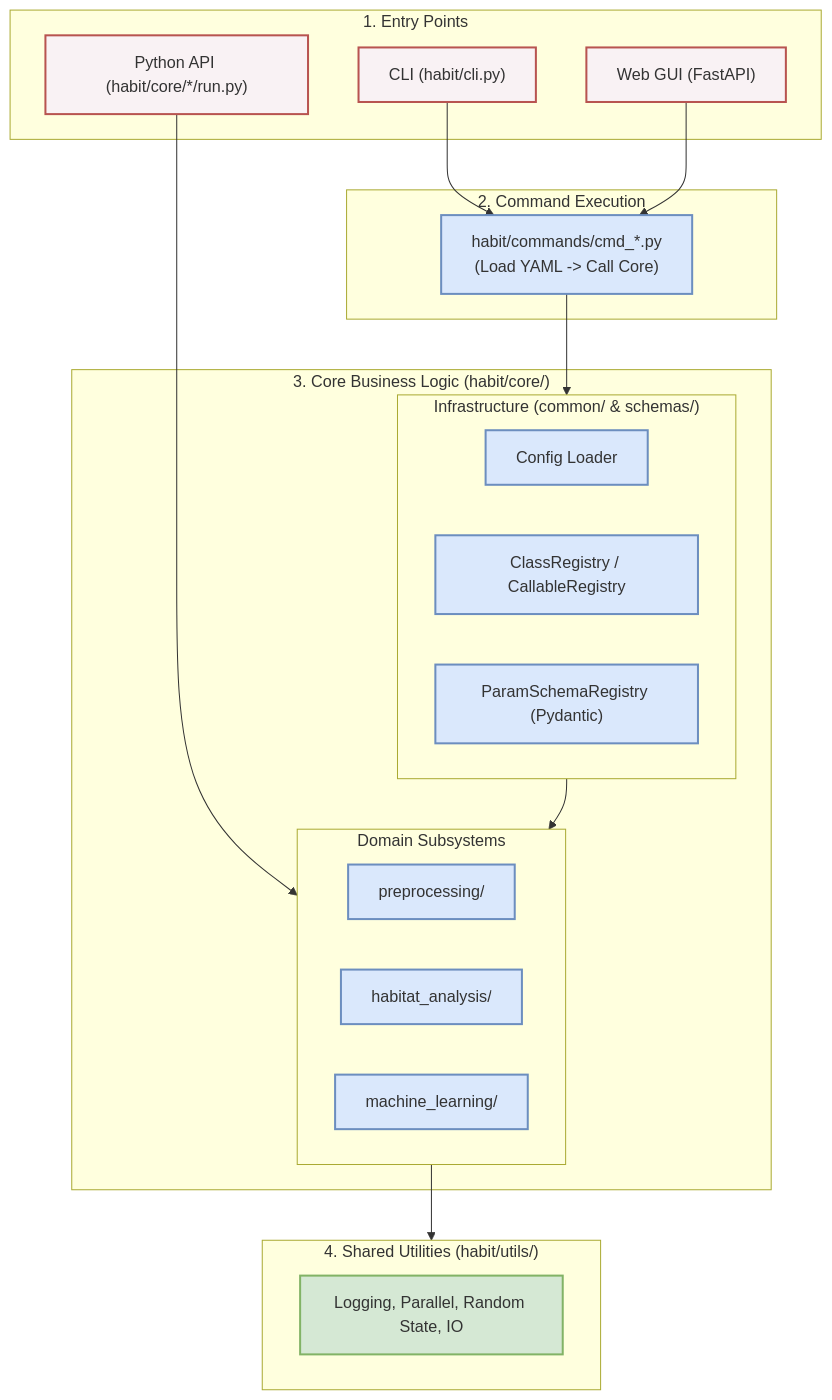
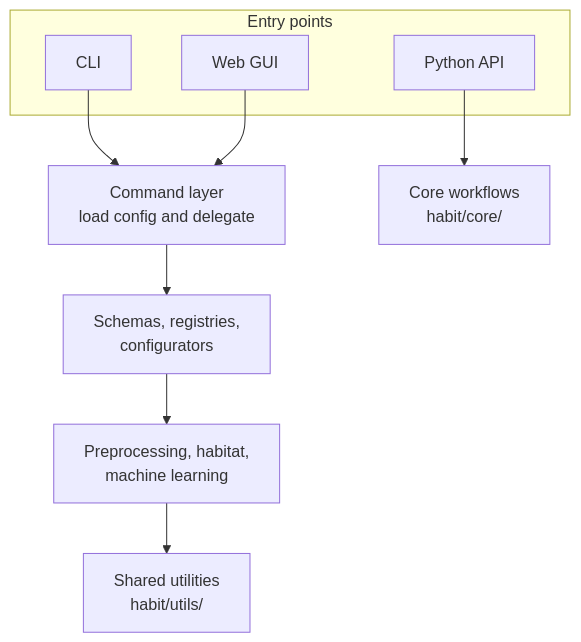
The first of 2 diagrams in docs/source/development/architecture.rst (lichao312214129/HABIT), drawn with Mermaid before and after one commit. The commit also changed other lines of this file and 12 other files, not shown here.

```diff
--- a/docs/source/development/architecture.rst
+++ b/docs/source/development/architecture.rst
@@ -22,40 +25,19 @@
 .. mermaid::
 
    flowchart TD
-     classDef ui fill:#f9f2f4,stroke:#b85450,stroke-width:2px;
-     classDef core fill:#dae8fc,stroke:#6c8ebf,stroke-width:2px;
-     classDef util fill:#d5e8d4,stroke:#82b366,stroke-width:2px;
-
-     subgraph Entry["1. Entry Points"]
-       CLI["CLI (habit/cli.py)"]:::ui
-       PY["Python API (habit/core/*/run.py)"]:::ui
-       GUI["Web GUI (FastAPI)"]:::ui
+     subgraph Entry["Entry points"]
+       CLI["CLI"]
+       PY["Python API"]
+       GUI["Web GUI"]
      end
-
-     subgraph Cmd["2. Command Execution"]
-       CMD["habit/commands/cmd_*.py<br/>(Load YAML -> Call Core)"]:::core
-     end
-
-     subgraph Core["3. Core Business Logic (habit/core/)"]
-       subgraph Infra["Infrastructure (common/ & schemas/)"]
-         CFG["Config Loader"]:::core
-         REG["ClassRegistry / CallableRegistry"]:::core
-         SCH["ParamSchemaRegistry (Pydantic)"]:::core
-       end
-       subgraph Domain["Domain Subsystems"]
-         PRE["preprocessing/"]:::core
-         HAB["habitat_analysis/"]:::core
-         ML["machine_learning/"]:::core
-       end
-     end
-
-     subgraph Utils["4. Shared Utilities (habit/utils/)"]
-       UTILS["Logging, Parallel, Random State, IO"]:::util
-     end
-
+     CMD["Command layer<br/>load config and delegate"]
+     CORE["Core workflows<br/>habit/core/"]
+     INFRA["Schemas, registries,<br/>configurators"]
+     DOMAIN["Preprocessing, habitat,<br/>machine learning"]
+     UTIL["Shared utilities<br/>habit/utils/"]
      CLI --> CMD
      GUI --> CMD
-     PY --> Domain
-     CMD --> Infra
-     Infra --> Domain
-     Domain --> Utils
+     PY --> CORE
+     CMD --> INFRA
+     INFRA --> DOMAIN
+     DOMAIN --> UTIL
```
